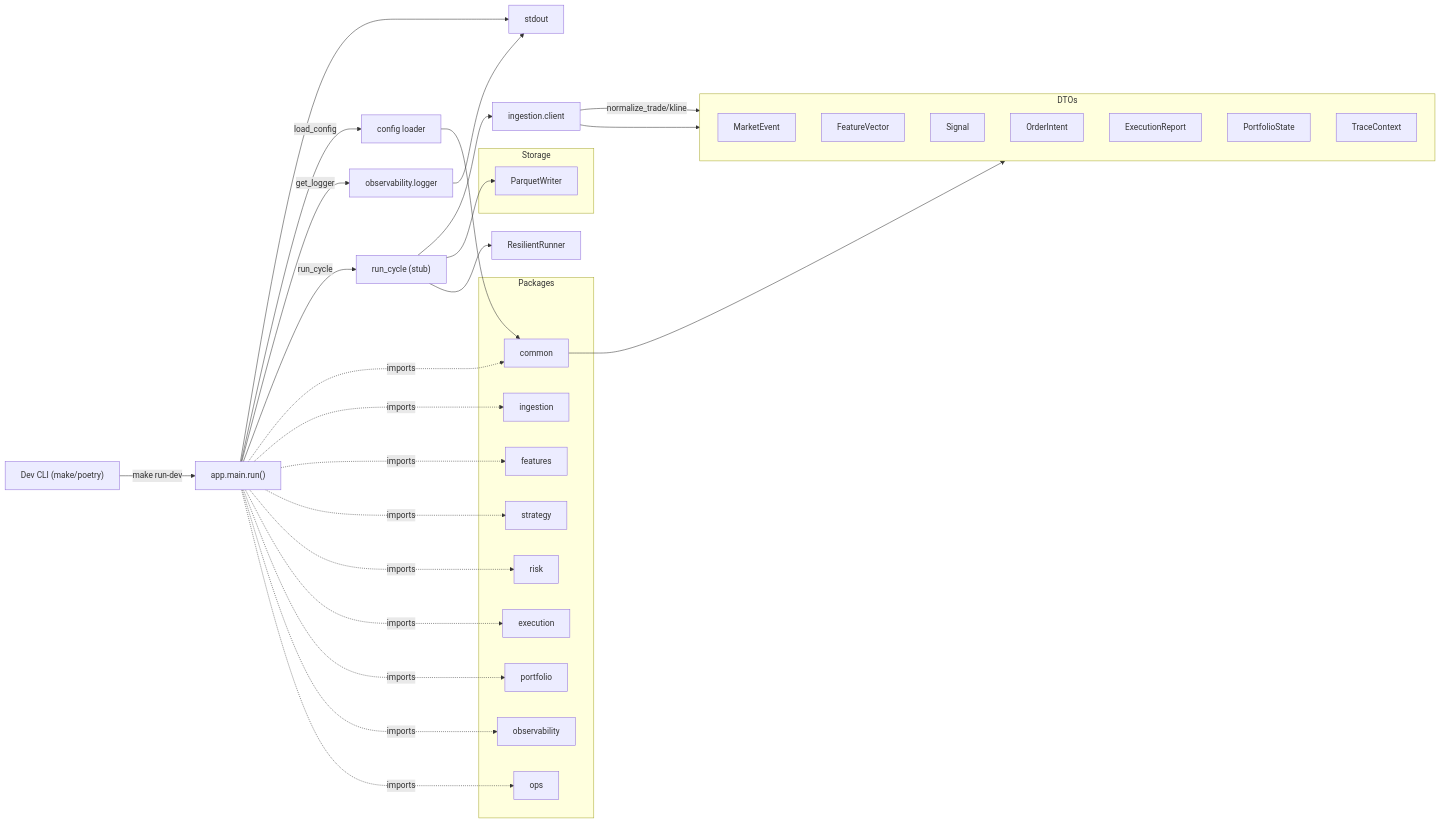
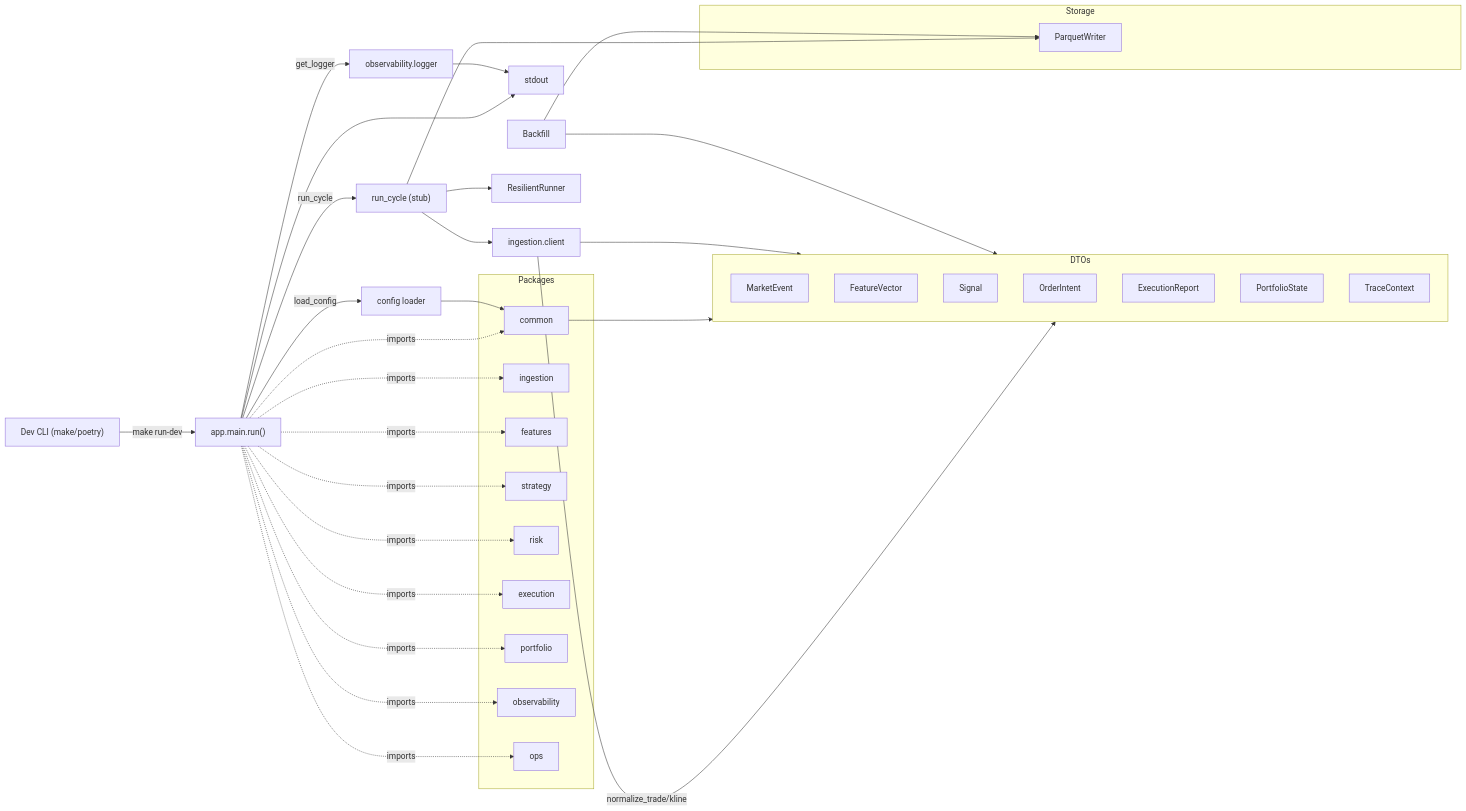
Before and after one commit to oscarlgarcia/MyTraderSystem: the first of 3 diagrams in docs/architecture.md, drawn with Mermaid. The commit also changed other lines of this file and 7 other files, not shown here.

````diff
--- a/docs/architecture.md
+++ b/docs/architecture.md
@@ -3,61 +3,63 @@
 ```mermaid
 flowchart LR
   Dev["Dev CLI (make/poetry)"]
   Main["app.main.run()"]
   Config["config loader"]
   Logger["observability.logger"]
   Stdout["stdout"]
   Pipeline["run_cycle (stub)"]
   Ingest["ingestion.client"]
 
   Dev -->|"make run-dev"| Main --> Stdout
   Main -->|"load_config"| Config
   Main -->|"get_logger"| Logger
   Main -->|"run_cycle"| Pipeline
   Ingest -->|normalize_trade/kline| DTOs
 
 subgraph Packages
   common
   ingestion
   features
   strategy
   risk
   execution
   portfolio
   observability
   ops
 end
 
 Main -. imports .-> common
 Main -. imports .-> ingestion
 Main -. imports .-> features
 Main -. imports .-> strategy
 Main -. imports .-> risk
 Main -. imports .-> execution
 Main -. imports .-> portfolio
 Main -. imports .-> observability
 Main -. imports .-> ops
 
 subgraph DTOs
   MarketEvent
   FeatureVector
   Signal
   OrderIntent
   ExecutionReport
   PortfolioState
   TraceContext
 end
 
 common --> DTOs
 Config --> common
 Logger --> Stdout
 Ingest --> DTOs
 Pipeline --> Ingest
 
 subgraph Storage
   ParquetWriter
 end
 
 Pipeline --> ParquetWriter
 Pipeline --> ResilientRunner
+Backfill --> DTOs
+Backfill --> ParquetWriter
 ```
````
